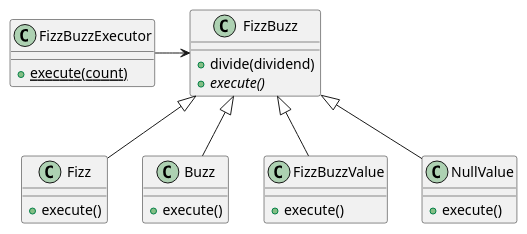
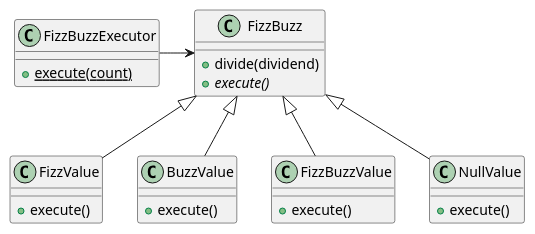
Before and after one commit to k2works/etude_for_ruby: the first of 5 diagrams in docs/dev/_fizz_buzz.md, drawn with PlantUML. The commit also changed other lines of this file and 7 other files, not shown here.

````diff
--- a/docs/dev/_fizz_buzz.md
+++ b/docs/dev/_fizz_buzz.md
@@ -37,28 +37,28 @@
 ```puml
 @startuml
 class FizzBuzzExecutor {
   +{static}execute(count)  
 }
 class FizzBuzz {
   +divide(dividend)
   +{abstract}execute()
 }
-class Fizz {
+class FizzValue {
   +execute()
 }
-class Buzz {
+class BuzzValue {
   +execute()
 }
 class FizzBuzzValue {
   +execute()
 }
 class NullValue {
   +execute()
 }
 FizzBuzzExecutor -> FizzBuzz
-FizzBuzz <|-- Fizz
-FizzBuzz <|-- Buzz
+FizzBuzz <|-- FizzValue
+FizzBuzz <|-- BuzzValue
 FizzBuzz <|-- FizzBuzzValue
 FizzBuzz <|-- NullValue
 @enduml
 ```
````
